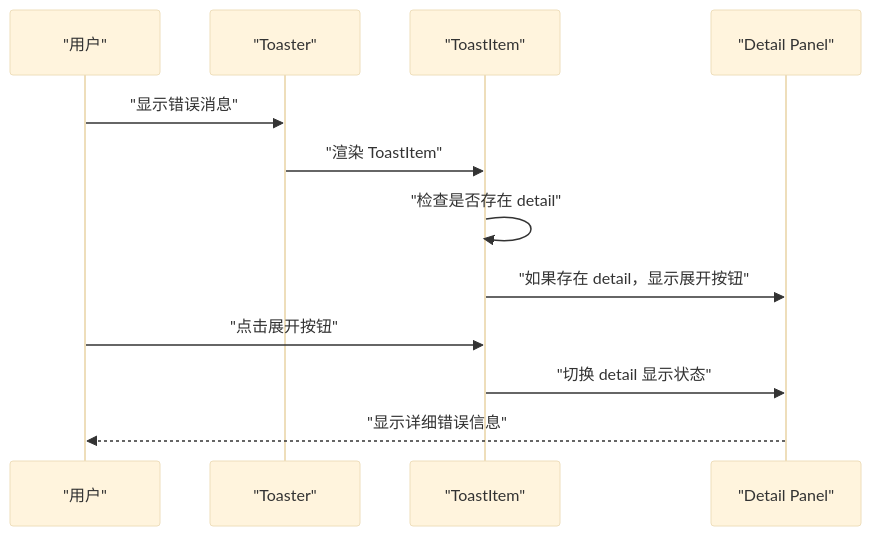
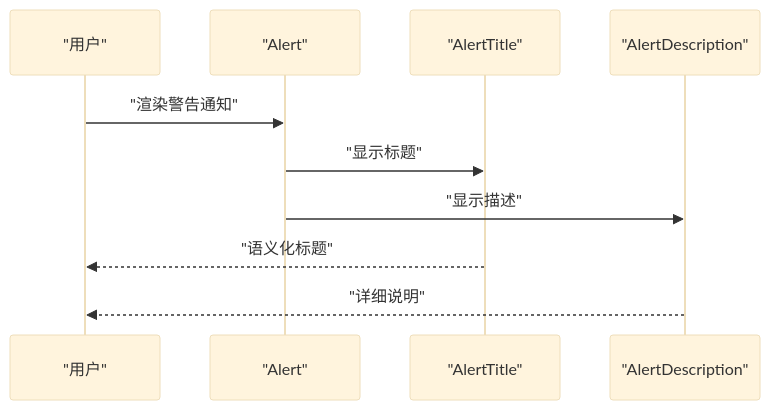
One commit to RadiumAg/bilibili-favorites changed the sixth of 10 diagrams in .qoder/repowiki/zh/content/UI组件系统/UI组件系统.md. Above: the diagram before and after it, drawn with Mermaid (base theme). The commit also changed other lines of this file and 5 other files, not shown here.

````diff
--- a/.qoder/repowiki/zh/content/UI组件系统/UI组件系统.md
+++ b/.qoder/repowiki/zh/content/UI组件系统/UI组件系统.md
@@ -428,14 +515,12 @@
 ```mermaid
 sequenceDiagram
 participant U as "用户"
-participant T as "Toaster"
-participant TI as "ToastItem"
-participant D as "Detail Panel"
-U->>T : "显示错误消息"
-T->>TI : "渲染 ToastItem"
-TI->>TI : "检查是否存在 detail"
-TI->>D : "如果存在 detail，显示展开按钮"
-U->>TI : "点击展开按钮"
-TI->>D : "切换 detail 显示状态"
-D-->>U : "显示详细错误信息"
+participant A as "Alert"
+participant AT as "AlertTitle"
+participant AD as "AlertDescription"
+U->>A : "渲染警告通知"
+A->>AT : "显示标题"
+A->>AD : "显示描述"
+AT-->>U : "语义化标题"
+AD-->>U : "详细说明"
 ```
````
